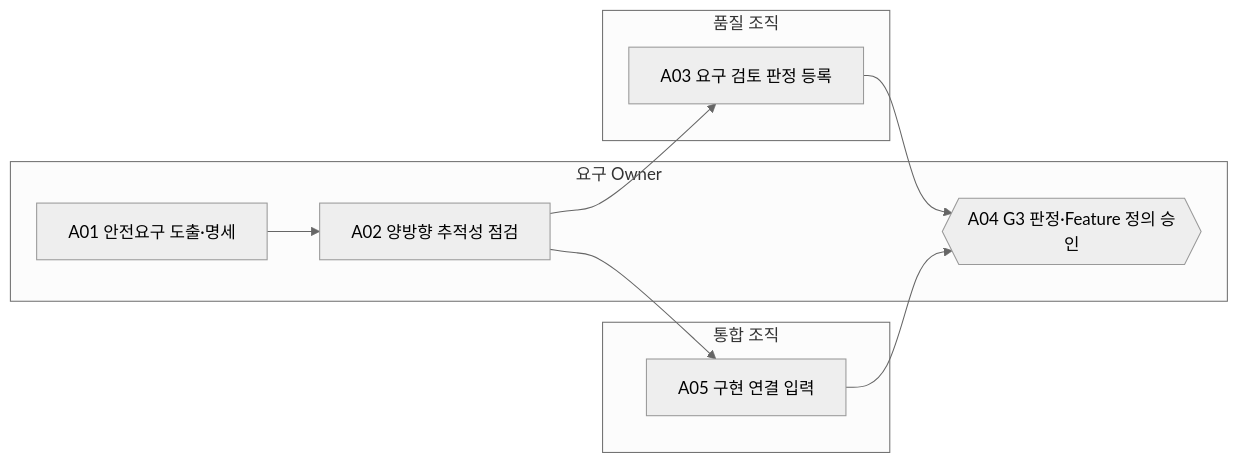
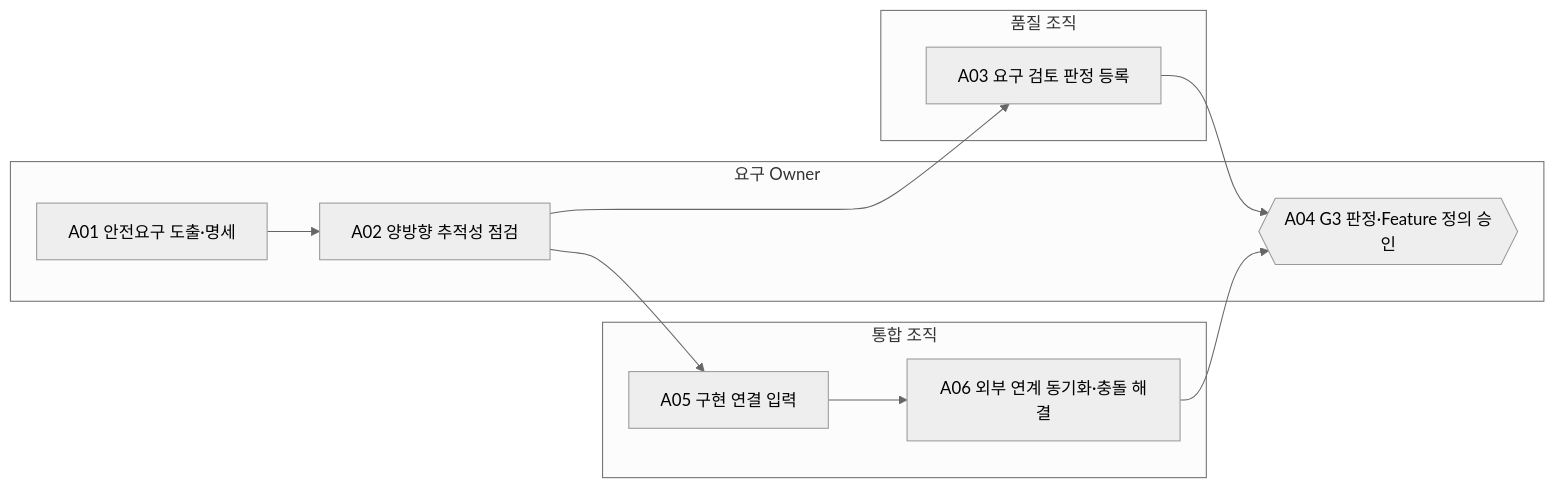
The diagram in docs/65-workflows/out/processes/FPW.3.md (mutuuslab/feature-topology-platform), drawn with Mermaid (neutral theme) before and after one commit. The commit also changed other lines of this file and 30 other files, not shown here.

````diff
--- a/docs/65-workflows/out/processes/FPW.3.md
+++ b/docs/65-workflows/out/processes/FPW.3.md
@@ -25,19 +25,21 @@
 ```mermaid
 flowchart LR
   subgraph R_REQ["요구 Owner"]
     FPW_3_A01["A01 안전요구 도출·명세"]
     FPW_3_A02["A02 양방향 추적성 점검"]
     FPW_3_A04{{"A04 G3 판정·Feature 정의 승인"}}
   end
   subgraph R_QA["품질 조직"]
     FPW_3_A03["A03 요구 검토 판정 등록"]
   end
   subgraph R_INT["통합 조직"]
     FPW_3_A05["A05 구현 연결 입력"]
+    FPW_3_A06["A06 외부 연계 동기화·충돌 해결"]
   end
   FPW_3_A01 --> FPW_3_A02
   FPW_3_A02 --> FPW_3_A03
   FPW_3_A02 --> FPW_3_A05
   FPW_3_A03 --> FPW_3_A04
-  FPW_3_A05 --> FPW_3_A04
+  FPW_3_A05 --> FPW_3_A06
+  FPW_3_A06 --> FPW_3_A04
 ```
````
